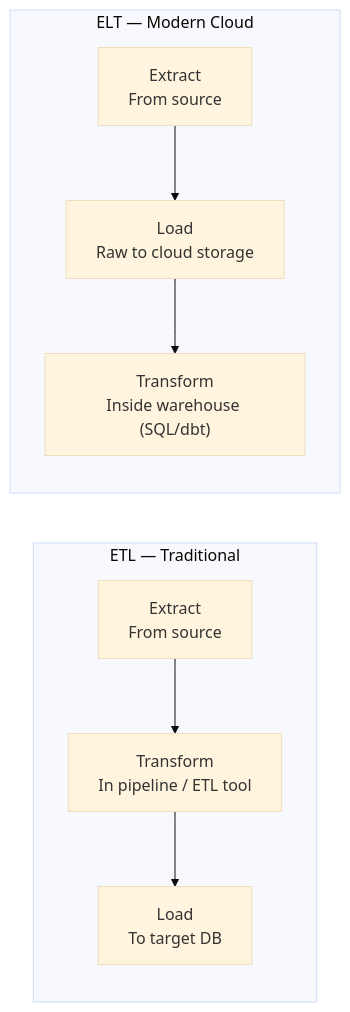
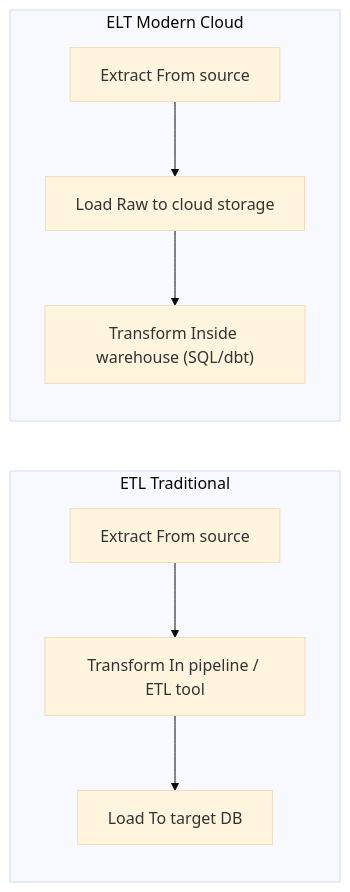
One commit to naveenkumar1661997/notes changed the second of 4 diagrams in data-engineer.md. Above: the diagram before and after it, drawn with Mermaid (base theme). The commit also changed other lines of this file and 12 other files, not shown here.

```diff
--- a/data-engineer.md
+++ b/data-engineer.md
@@ -80,12 +63,12 @@
 <pre class="mermaid">
 flowchart LR
-    subgraph ETL["ETL — Traditional"]
+    subgraph ETL["ETL  Traditional"]
         direction TB
-        E1["Extract\nFrom source"] --> T1["Transform\nIn pipeline / ETL tool"] --> L1["Load\nTo target DB"]
+        E1["Extract From source"] --> T1["Transform In pipeline / ETL tool"] --> L1["Load To target DB"]
     end
 
-    subgraph ELT["ELT — Modern Cloud"]
+    subgraph ELT["ELT  Modern Cloud"]
         direction TB
-        E2["Extract\nFrom source"] --> L2["Load\nRaw to cloud storage"] --> T2["Transform\nInside warehouse (SQL/dbt)"]
+        E2["Extract From source"] --> L2["Load Raw to cloud storage"] --> T2["Transform Inside warehouse (SQL/dbt)"]
     end
 </pre>
```
